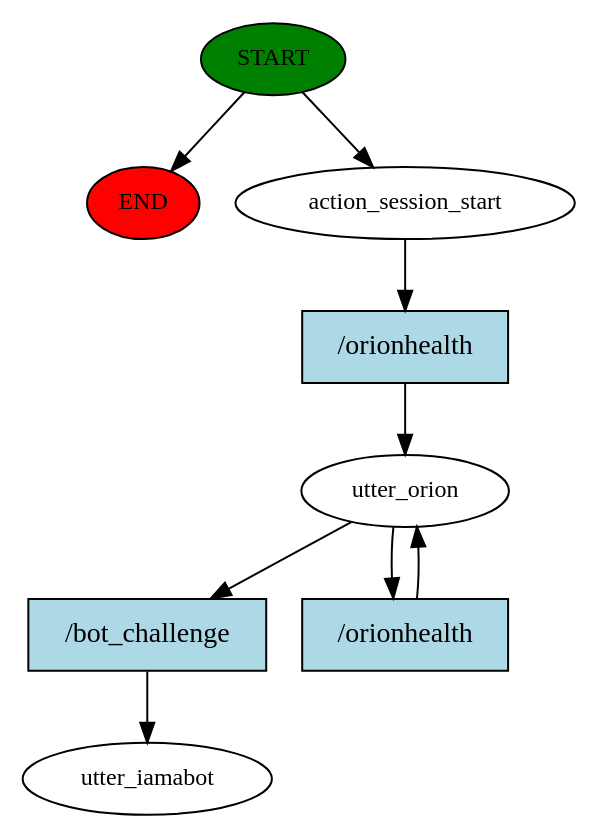
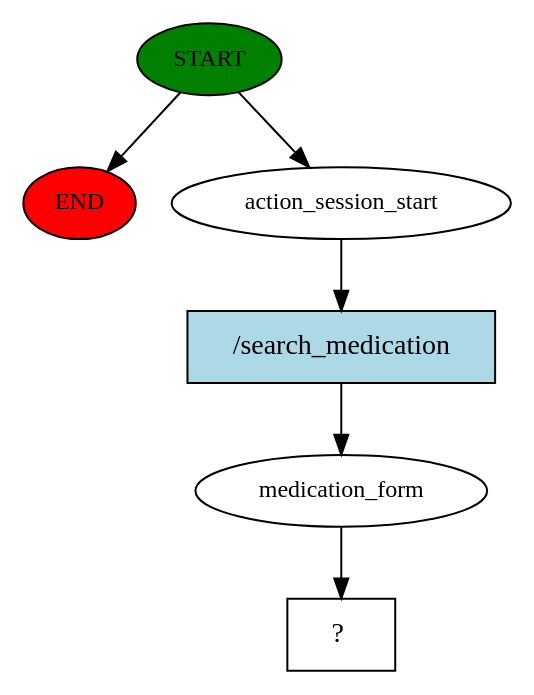
Before and after one commit to mushroom8ge/meds-chatbot: the diagram in rasa_dev/story_graph.dot, drawn with Graphviz. The commit also changed 46 other files, not shown here.

```diff
--- a/rasa_dev/story_graph.dot
+++ b/rasa_dev/story_graph.dot
@@ -1,18 +1,13 @@
 digraph  {
 0 [class="start active", fillcolor=green, fontsize=12, label=START, style=filled];
 "-1" [class=end, fillcolor=red, fontsize=12, label=END, style=filled];
 1 [class=active, fontsize=12, label=action_session_start];
-2 [class=active, fontsize=12, label=utter_orion];
-4 [class="dashed active", fontsize=12, label=utter_iamabot];
-5 [class="intent active", fillcolor=lightblue, label="/orionhealth", shape=rect, style=filled];
-6 [class="intent active", fillcolor=lightblue, label="/bot_challenge", shape=rect, style=filled];
-7 [class="intent active", fillcolor=lightblue, label="/orionhealth", shape=rect, style=filled];
+2 [class=active, fontsize=12, label=medication_form];
+3 [class="intent dashed active", label="  ?  ", shape=rect];
+4 [class="intent active", fillcolor=lightblue, label="/search_medication", shape=rect, style=filled];
 0 -> "-1"  [class="", key=NONE, label=""];
 0 -> 1  [class=active, key=NONE, label=""];
-1 -> 5  [class=active, key=0];
-2 -> 6  [class=active, key=0];
-2 -> 7  [class=active, key=0];
-5 -> 2  [class=active, key=0];
-6 -> 4  [class=active, key=0];
-7 -> 2  [class=active, key=0];
+1 -> 4  [class=active, key=0];
+2 -> 3  [class=active, key=NONE, label=""];
+4 -> 2  [class=active, key=0];
 }
```
